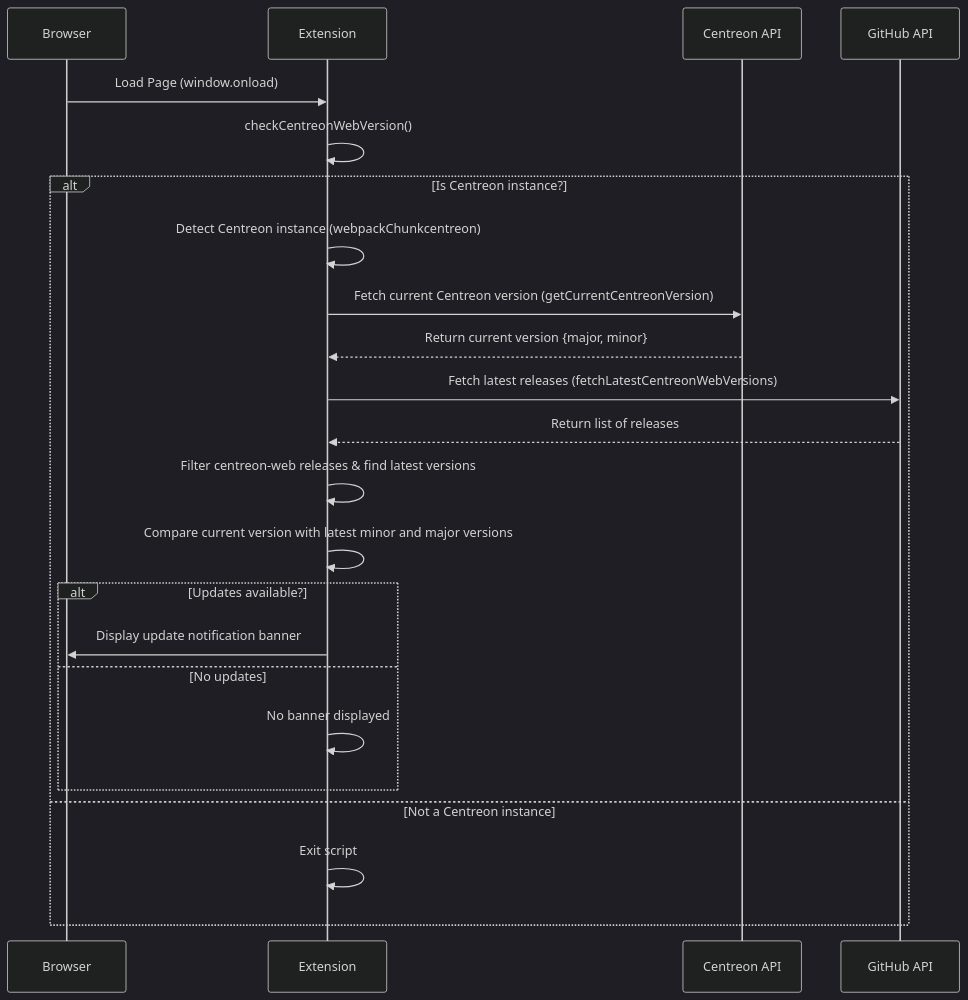
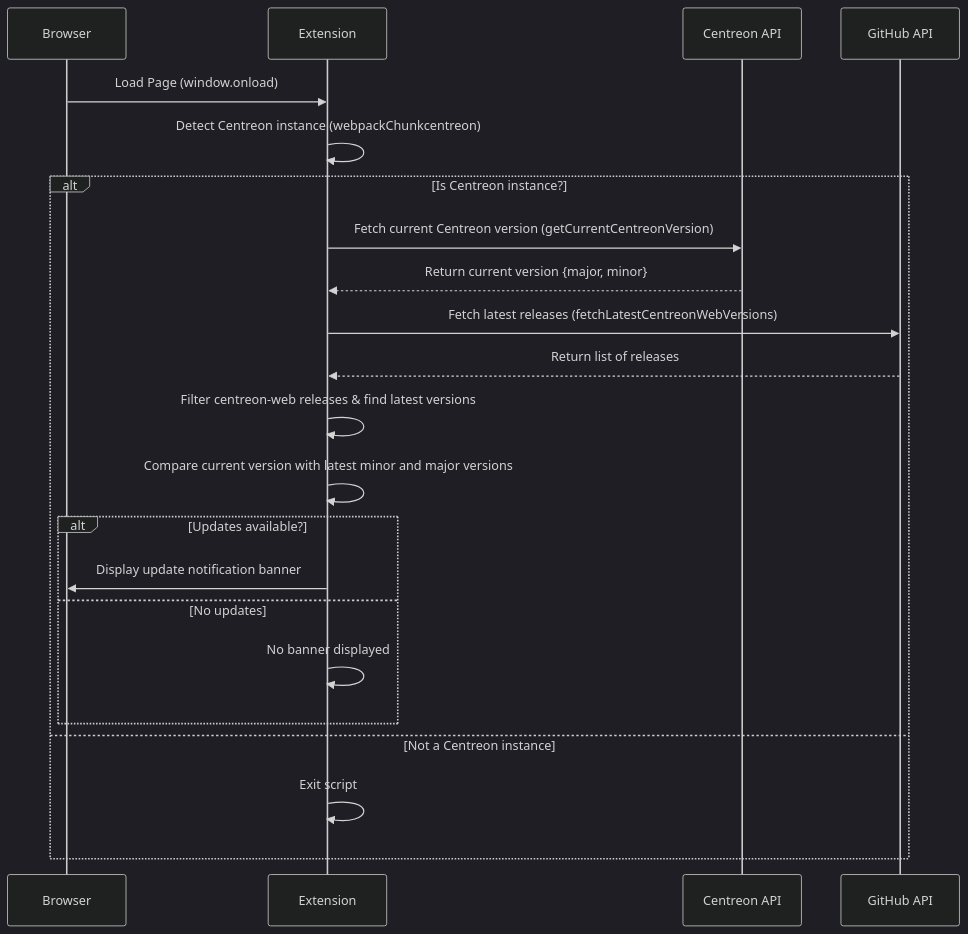
The diagram in doc/sequence-diagram.md (Nohzoh/centreon-chrome-extension), drawn with Mermaid (dark theme) before and after one commit.

Commit message:
fix sequence diagram

````diff
--- a/doc/sequence-diagram.md
+++ b/doc/sequence-diagram.md
@@ -1,31 +1,30 @@
 ```mermaid
 sequenceDiagram
     participant Browser
     participant Script as Extension
     participant CentreonAPI as Centreon API
     participant GitHubAPI as GitHub API
     
     Browser->>Script: Load Page (window.onload)
-    Script->>Script: checkCentreonWebVersion()
+    Script->>Script: Detect Centreon instance (webpackChunkcentreon)
     
     alt Is Centreon instance?
-        Script->>Script: Detect Centreon instance (webpackChunkcentreon)
         Script->>CentreonAPI: Fetch current Centreon version (getCurrentCentreonVersion)
         CentreonAPI-->>Script: Return current version {major, minor}
         
         Script->>GitHubAPI: Fetch latest releases (fetchLatestCentreonWebVersions)
         GitHubAPI-->>Script: Return list of releases
         
         Script->>Script: Filter centreon-web releases & find latest versions
         
         Script->>Script: Compare current version with latest minor and major versions
         
         alt Updates available?
             Script->>Browser: Display update notification banner
         else No updates
             Script->>Script: No banner displayed
         end
     else Not a Centreon instance
         Script->>Script: Exit script
     end
 ```
````
